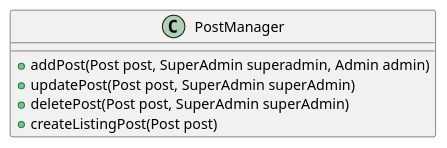
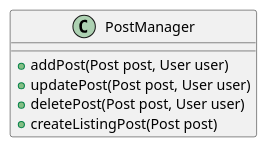
The diagram in diagrammes-uml/Class/PostManager.puml (laurasullyalexandrine/the2dbubbles), drawn with PlantUML before and after one commit. The commit also changed 6 other files, not shown here.

```diff
--- a/diagrammes-uml/Class/PostManager.puml
+++ b/diagrammes-uml/Class/PostManager.puml
@@ -1,12 +1,12 @@
 @startuml PosteManager
 
 Class PostManager {
 
-    + addPost(Post post, SuperAdmin superadmin, Admin admin)
-    + updatePost(Post post, SuperAdmin superAdmin)
-    + deletePost(Post post, SuperAdmin superAdmin)
+    + addPost(Post post, User user)
+    + updatePost(Post post, User user)
+    + deletePost(Post post, User user)
     + createListingPost(Post post)
     
-    }
+}
 
 @enduml
```
